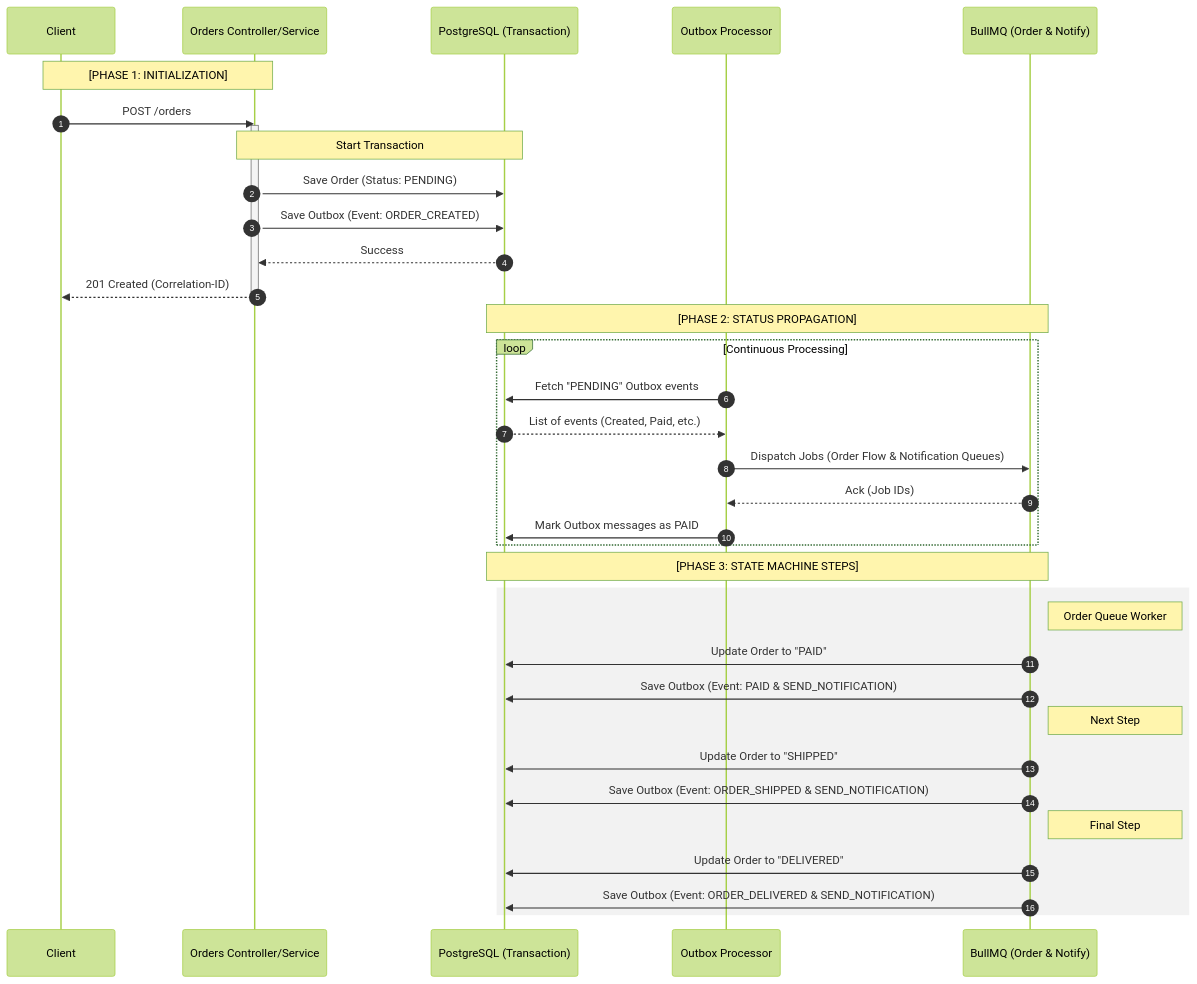
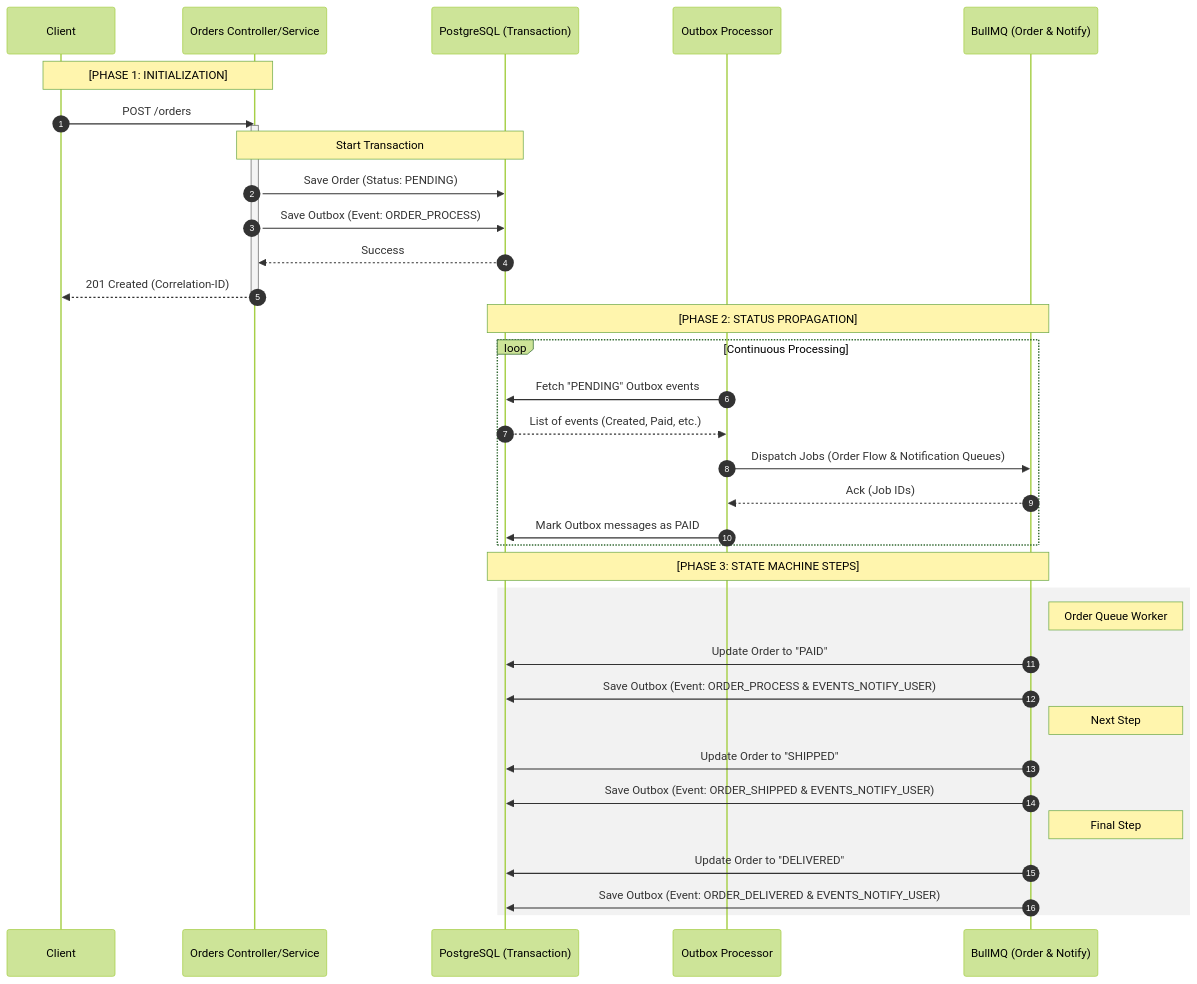
Before and after one commit to bside89/dispatch-api: the diagram in README.md, drawn with Mermaid (forest theme). The commit also changed 4 other files, not shown here.

````diff
--- a/README.md
+++ b/README.md
@@ -141,43 +141,43 @@
 ```mermaid
 sequenceDiagram
     autonumber
     participant Client
     participant API as Orders Controller/Service
     participant DB as PostgreSQL (Transaction)
     participant Worker as Outbox Processor
     participant Queue as BullMQ (Order & Notify)
 
     Note over Client, API: [PHASE 1: INITIALIZATION]
     Client->>API: POST /orders
     activate API
     Note over API, DB: Start Transaction
     API->>DB: Save Order (Status: PENDING)
-    API->>DB: Save Outbox (Event: ORDER_CREATED)
+    API->>DB: Save Outbox (Event: ORDER_PROCESS)
     DB-->>API: Success
     API-->>Client: 201 Created (Correlation-ID)
     deactivate API
 
     Note over DB, Queue: [PHASE 2: STATUS PROPAGATION]
     loop Continuous Processing
         Worker->>DB: Fetch "PENDING" Outbox events
         DB-->>Worker: List of events (Created, Paid, etc.)
         Worker->>Queue: Dispatch Jobs (Order Flow & Notification Queues)
         Queue-->>Worker: Ack (Job IDs)
         Worker->>DB: Mark Outbox messages as PAID
     end
 
     Note over Queue, DB: [PHASE 3: STATE MACHINE STEPS]
     rect rgba(128, 128, 128, 0.1)
         Note right of Queue: Order Queue Worker
         Queue->>DB: Update Order to "PAID"
-        Queue->>DB: Save Outbox (Event: PAID & SEND_NOTIFICATION)
+        Queue->>DB: Save Outbox (Event: ORDER_PROCESS & EVENTS_NOTIFY_USER)
 
         Note right of Queue: Next Step
         Queue->>DB: Update Order to "SHIPPED"
-        Queue->>DB: Save Outbox (Event: ORDER_SHIPPED & SEND_NOTIFICATION)
+        Queue->>DB: Save Outbox (Event: ORDER_SHIPPED & EVENTS_NOTIFY_USER)
 
         Note right of Queue: Final Step
         Queue->>DB: Update Order to "DELIVERED"
-        Queue->>DB: Save Outbox (Event: ORDER_DELIVERED & SEND_NOTIFICATION)
+        Queue->>DB: Save Outbox (Event: ORDER_DELIVERED & EVENTS_NOTIFY_USER)
     end
 ```
````
